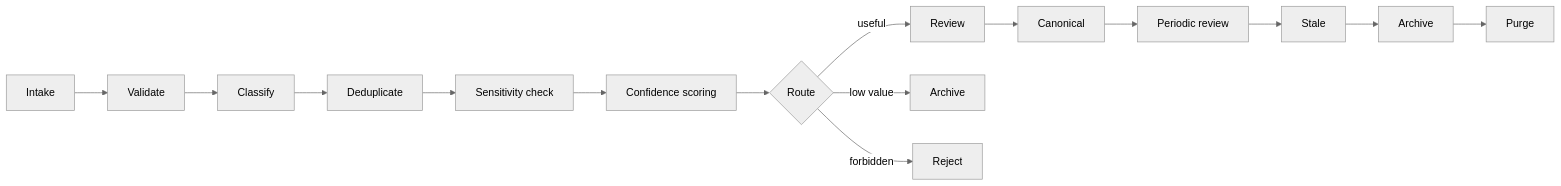
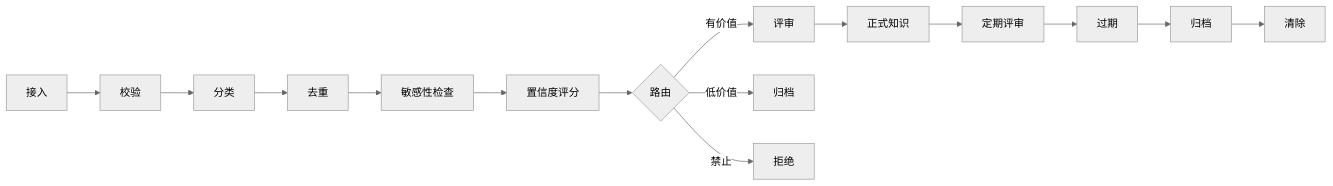
Before and after one commit to kenz1117/obsidian-agent-kb: the diagram in docs/data-governance.md, drawn with Mermaid (neutral theme). The commit also changed other lines of this file and 81 other files, not shown here.

````diff
--- a/docs/data-governance.md
+++ b/docs/data-governance.md
@@ -16,17 +19,17 @@
 ```mermaid
 flowchart LR
-  A[Intake] --> B[Validate]
-  B --> C[Classify]
-  C --> D[Deduplicate]
-  D --> E[Sensitivity check]
-  E --> F[Confidence scoring]
-  F --> G{Route}
-  G -->|useful| H[Review]
-  G -->|low value| I[Archive]
-  G -->|forbidden| J[Reject]
-  H --> K[Canonical]
-  K --> L[Periodic review]
-  L --> M[Stale]
-  M --> N[Archive]
-  N --> O[Purge]
+  A[接入] --> B[校验]
+  B --> C[分类]
+  C --> D[去重]
+  D --> E[敏感性检查]
+  E --> F[置信度评分]
+  F --> G{路由}
+  G -->|有价值| H[评审]
+  G -->|低价值| I[归档]
+  G -->|禁止| J[拒绝]
+  H --> K[正式知识]
+  K --> L[定期评审]
+  L --> M[过期]
+  M --> N[归档]
+  N --> O[清除]
 ```
````
